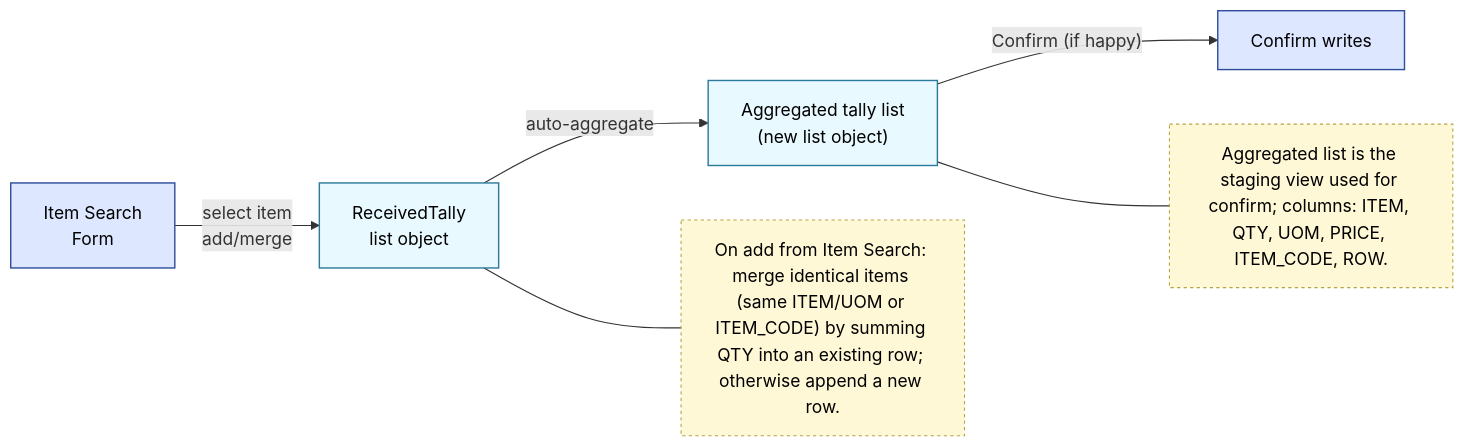
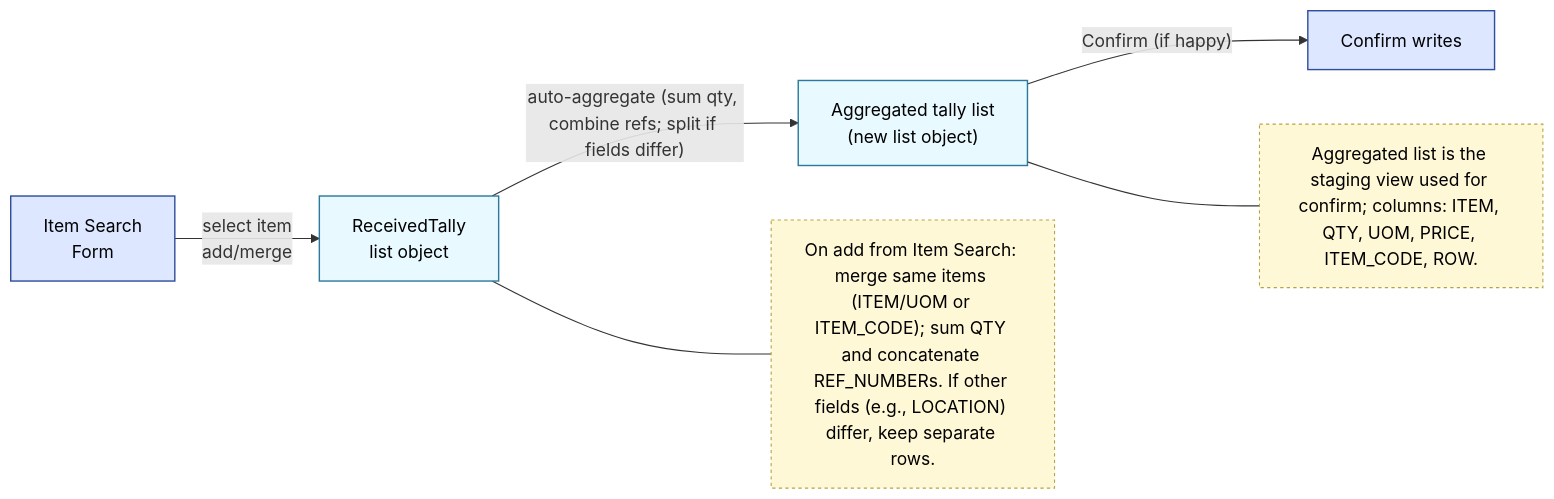
Before and after one commit to justinwj/invSys: the first of 2 diagrams in plan docs/ReceivedTallySystem/list_object_flow.md, drawn with Mermaid. The commit also changed 9 other files, not shown here.

````diff
--- a/plan docs/ReceivedTallySystem/list_object_flow.md
+++ b/plan docs/ReceivedTallySystem/list_object_flow.md
@@ -8,21 +8,21 @@
 ```mermaid
 flowchart LR
     classDef button fill:#dde7ff,stroke:#2f4e9c,color:#000,stroke-width:1.3px;
     classDef list fill:#e8f9ff,stroke:#2c7a9b,color:#000,stroke-width:1.3px;
     classDef note fill:#fff8d7,stroke:#b5a542,color:#000,stroke-dasharray:3 3;
 
     SRC["Item Search<br/>Form"]:::button
     RT["ReceivedTally<br/>list object"]:::list
     BTN["Confirm writes"]:::button
     AGG["Aggregated tally list<br/>(new list object)"]:::list
 
-    NOTE1["On add from Item Search: merge identical items (same ITEM/UOM or ITEM_CODE) by summing QTY into an existing row; otherwise append a new row."]:::note
+    NOTE1["On add from Item Search: merge same items (ITEM/UOM or ITEM_CODE); sum QTY and concatenate REF_NUMBERs. If other fields (e.g., LOCATION) differ, keep separate rows."]:::note
     NOTE2["Aggregated list is the staging view used for confirm; columns: ITEM, QTY, UOM, PRICE, ITEM_CODE, ROW."]:::note
 
     SRC -->|select item<br/>add/merge| RT
-    RT -->|auto-aggregate| AGG
+    RT -->|"auto-aggregate (sum qty, combine refs; split if fields differ)"| AGG
     AGG -->|"Confirm (if happy)"| BTN
 
     RT --- NOTE1
     AGG --- NOTE2
 ```
````
